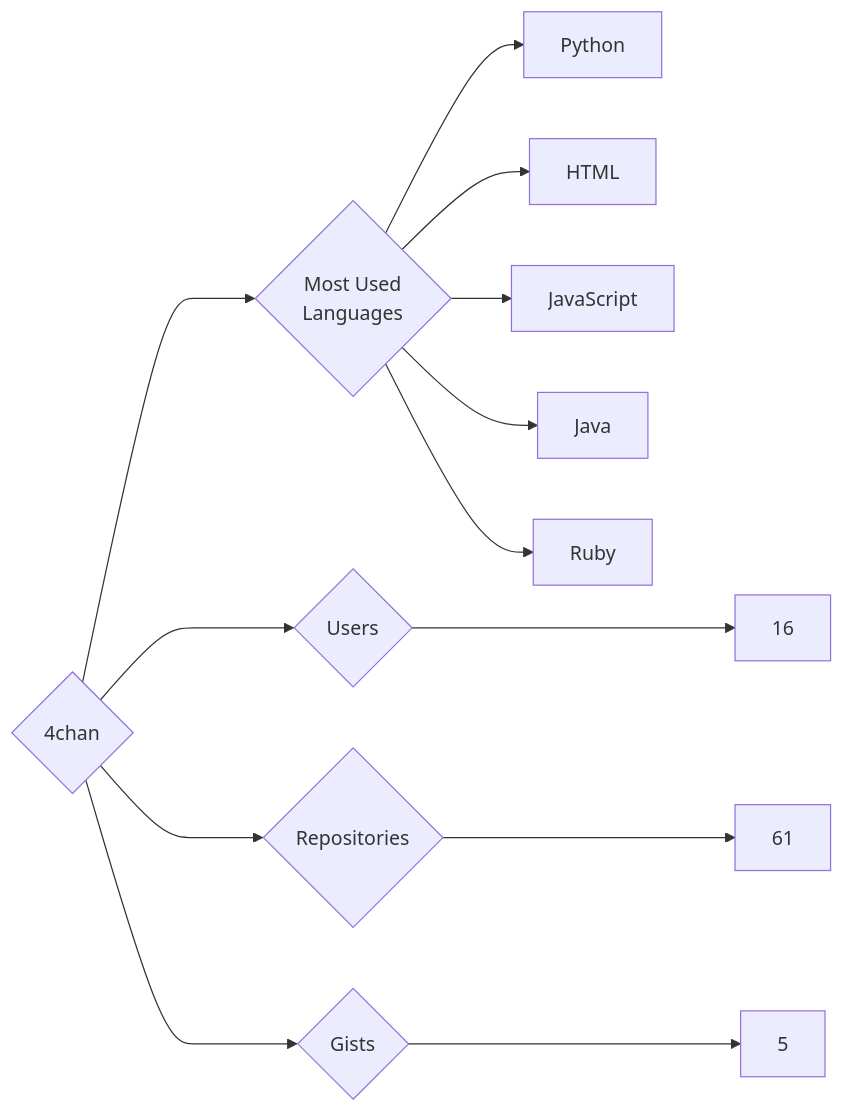
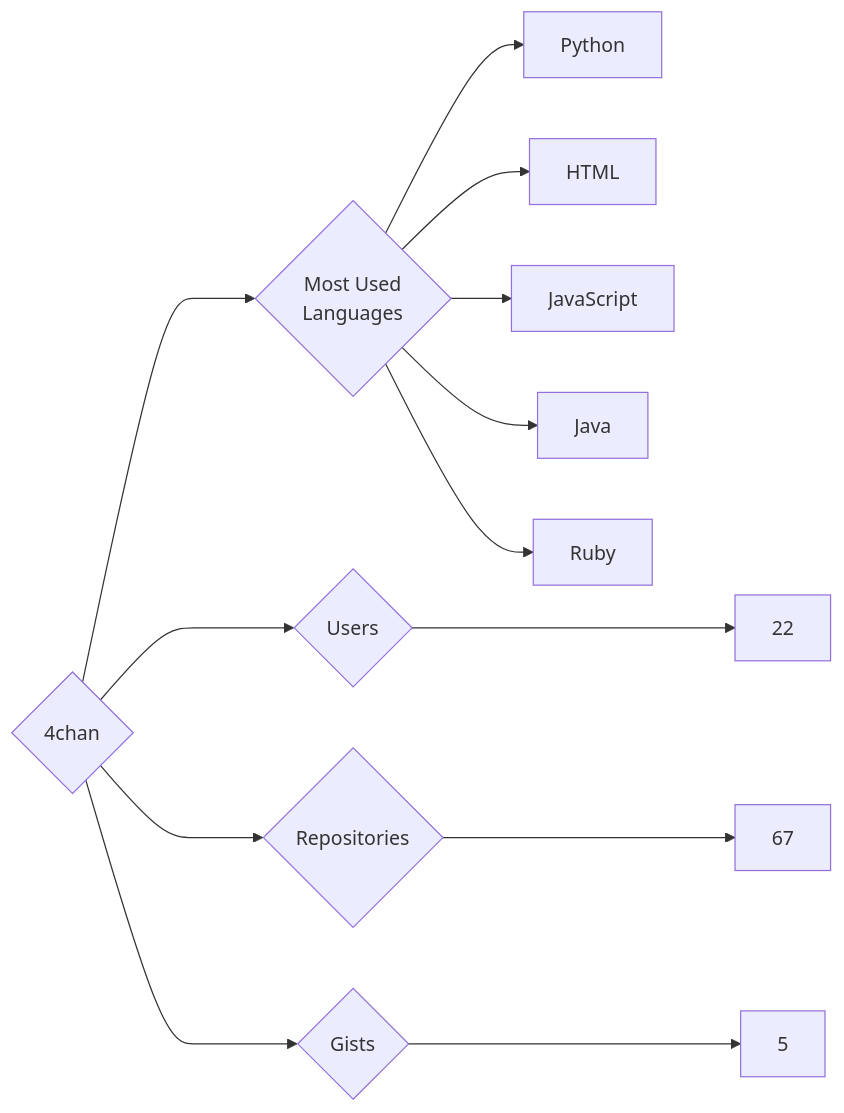
One commit to trickest/insiders changed the diagram in targets/4chan/README.md. Above: the diagram before and after it, drawn with Mermaid. The commit also changed 693 other files, not shown here.

````diff
--- a/targets/4chan/README.md
+++ b/targets/4chan/README.md
@@ -3,13 +3,13 @@
 ```mermaid
 graph LR
 COMPANY_NAME{4chan}
-COMPANY_NAME ---> U{Users} ---> UN[16]
-COMPANY_NAME ---> R{Repositories} ---> RN[61]
+COMPANY_NAME ---> U{Users} ---> UN[22]
+COMPANY_NAME ---> R{Repositories} ---> RN[67]
 COMPANY_NAME ---> G{Gists} ---> GN[5]
 COMPANY_NAME ---> ML{Most Used<br>Languages}
 ML --> Python[Python]
 ML --> HTML[HTML]
 ML --> JavaScript[JavaScript]
 ML --> Java[Java]
 ML --> Ruby[Ruby]
 ```
````
